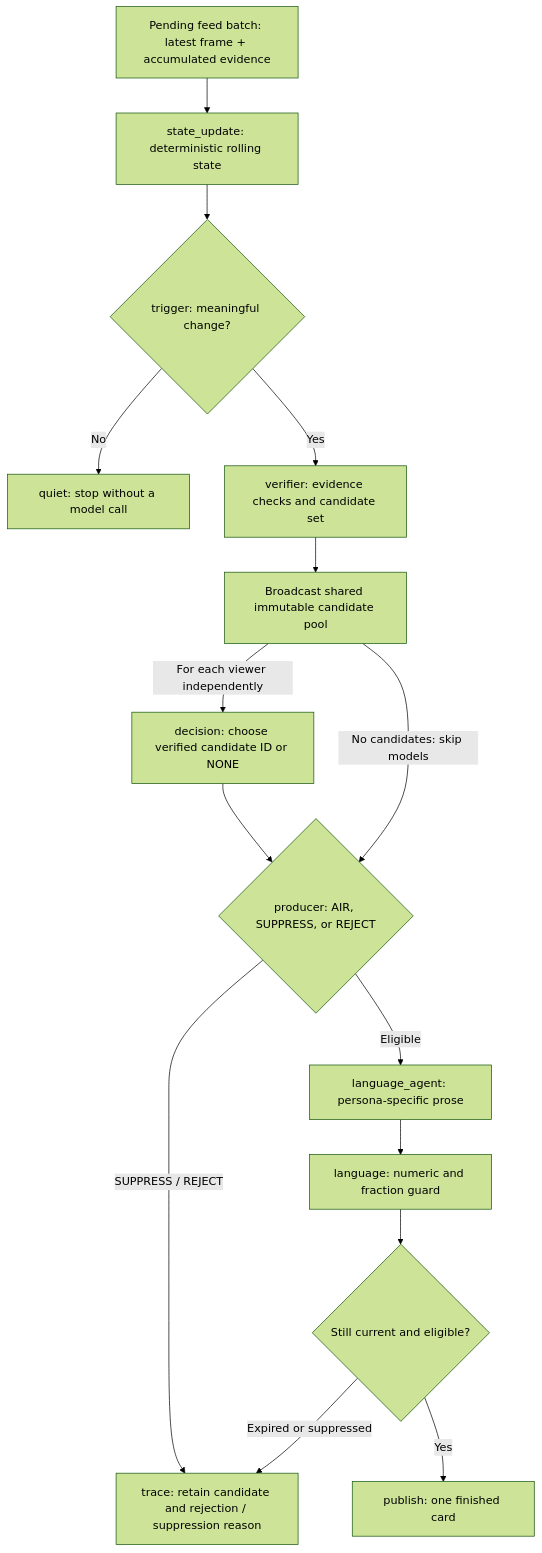
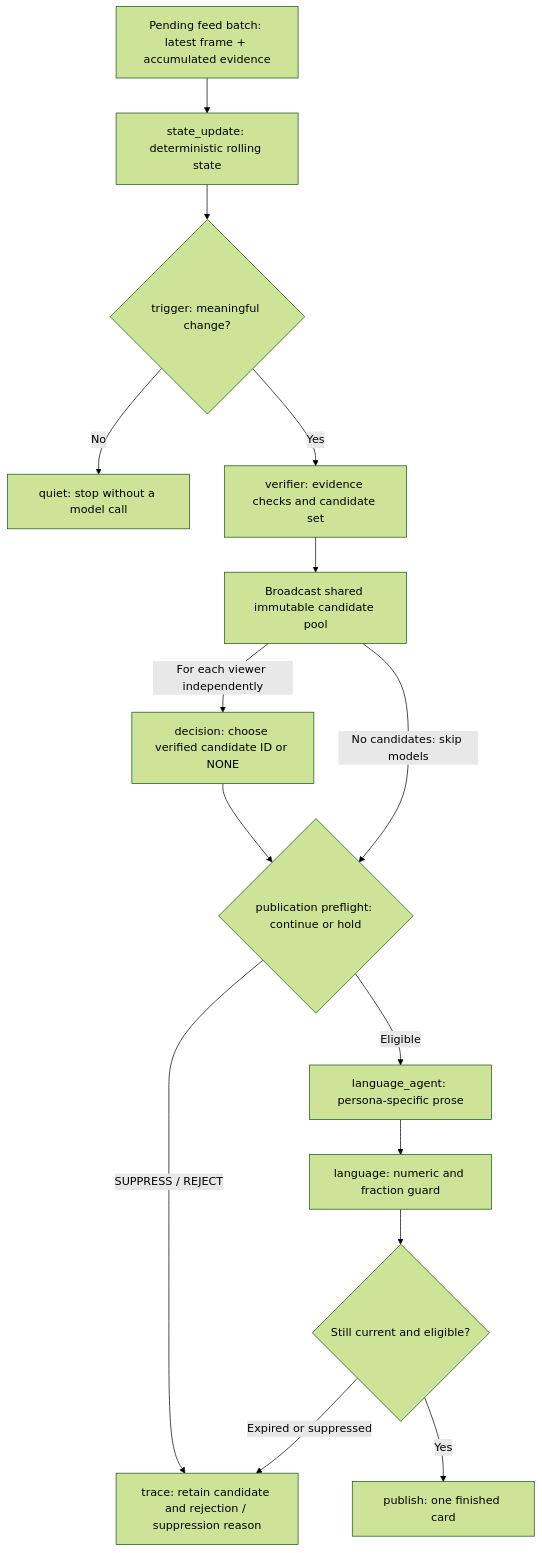
One commit to shantanu1singh/matchos changed the fifth of 8 diagrams in ARCHITECTURE.md. Above: the diagram before and after it, drawn with Mermaid (forest theme). The commit also changed other lines of this file and 23 other files, not shown here.

Commit message:
Redo architecture

````diff
--- a/ARCHITECTURE.md
+++ b/ARCHITECTURE.md
@@ -100,26 +225,26 @@
 ```mermaid
 flowchart TD
     Tick["Pending feed batch: latest frame + accumulated evidence"]
     State["state_update: deterministic rolling state"]
     Trigger{"trigger: meaningful change?"}
     Quiet["quiet: stop without a model call"]
     Decision["decision: choose verified candidate ID or NONE"]
     Verify["verifier: evidence checks and candidate set"]
-    Produce{"producer: AIR, SUPPRESS, or REJECT"}
+    Produce{"publication preflight: continue or hold"}
     Trace["trace: retain candidate and rejection / suppression reason"]
     Publish["publish: one finished card"]
     Agent["language_agent: persona-specific prose"]
     Guard["language: numeric and fraction guard"]
     Current{"Still current and eligible?"}
 
     Tick --> State --> Trigger
     Trigger -->|"No"| Quiet
     Trigger -->|"Yes"| Verify
     Verify --> Pool["Broadcast shared immutable candidate pool"]
     Pool -->|"For each viewer independently"| Decision --> Produce
     Pool -->|"No candidates: skip models"| Produce
     Produce -->|"SUPPRESS / REJECT"| Trace
     Produce -->|"Eligible"| Agent --> Guard --> Current
     Current -->|"Yes"| Publish
     Current -->|"Expired or suppressed"| Trace
 ```
````
